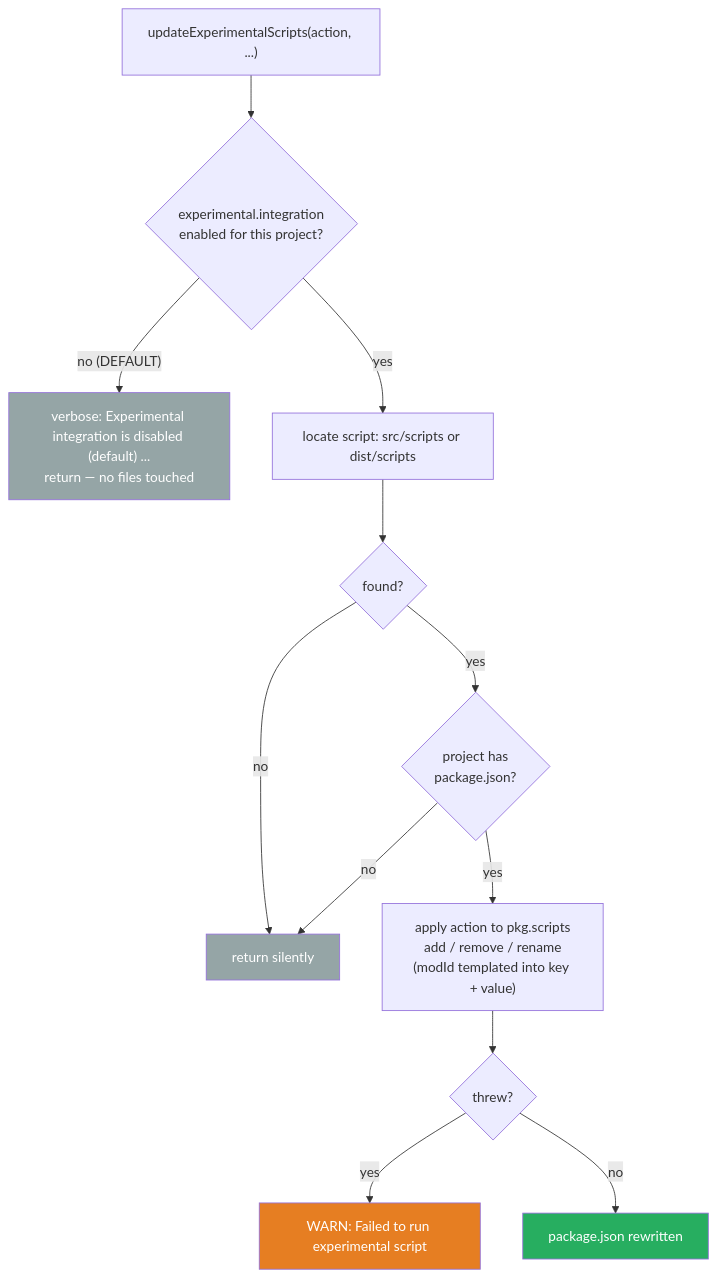
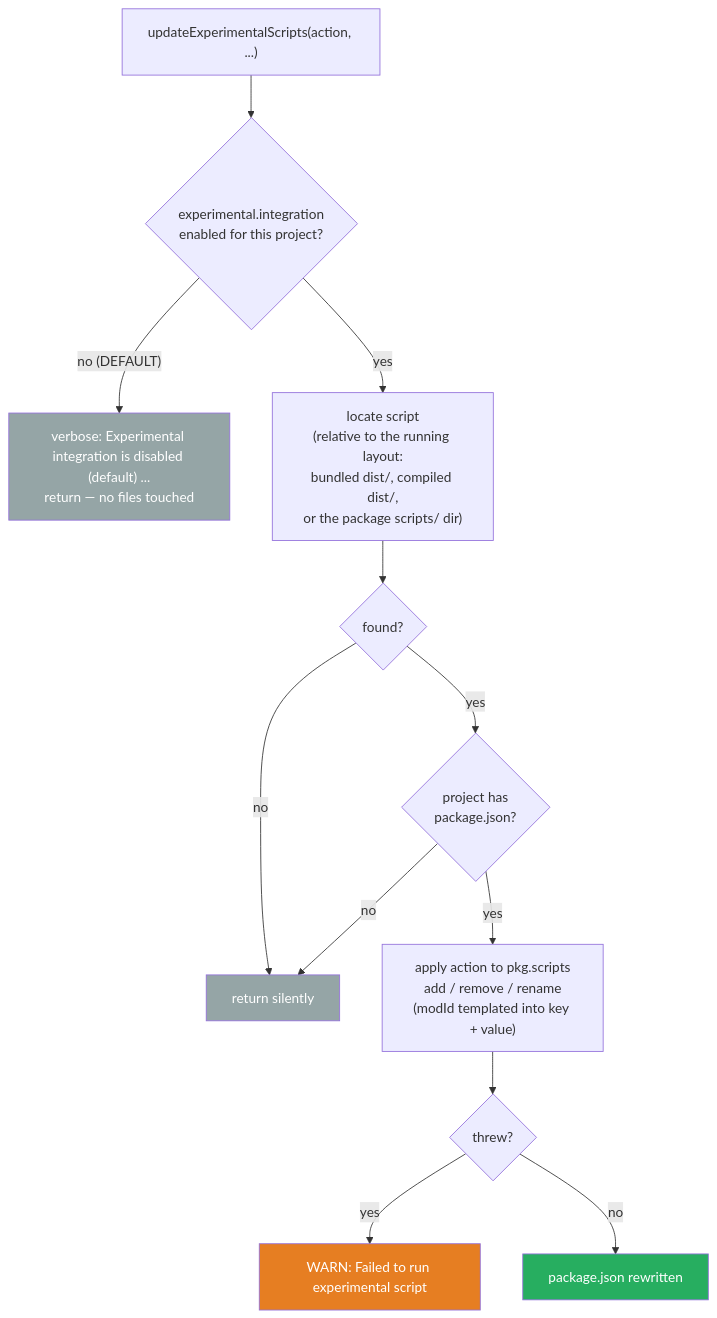
The second of 2 diagrams in docs/cli/08-mechanics.md (escapepz/pzstudio), drawn with Mermaid before and after one commit. The commit also changed other lines of this file and 2 other files, not shown here.

First line of the commit message:
docs(cli): sync the embedding contract with the self-contained package

````diff
--- a/docs/cli/08-mechanics.md
+++ b/docs/cli/08-mechanics.md
@@ -155,19 +155,19 @@
 ```mermaid
 flowchart TD
     A["updateExperimentalScripts(action, ...)"] --> G{"experimental.integration<br/>enabled for this project?"}
     G -- "no (DEFAULT)" --> X["verbose: Experimental integration is disabled (default) ...<br/>return — no files touched"]
-    G -- yes --> B["locate script: src/scripts or dist/scripts"]
+    G -- yes --> B["locate script<br/>(relative to the running layout:<br/>bundled dist/, compiled dist/,<br/>or the package scripts/ dir)"]
     B --> C{"found?"}
     C -- no --> X2["return silently"]
     C -- yes --> D{"project has<br/>package.json?"}
     D -- no --> X2
     D -- yes --> E["apply action to pkg.scripts<br/>add / remove / rename<br/>(modId templated into key + value)"]
     E --> F{"threw?"}
     F -- yes --> W["WARN: Failed to run experimental script"]
     F -- no --> OK["package.json rewritten"]
 
     style X fill:#95a5a6,color:#fff
     style X2 fill:#95a5a6,color:#fff
     style W fill:#e67e22,color:#fff
     style OK fill:#27ae60,color:#fff
 ```
````
